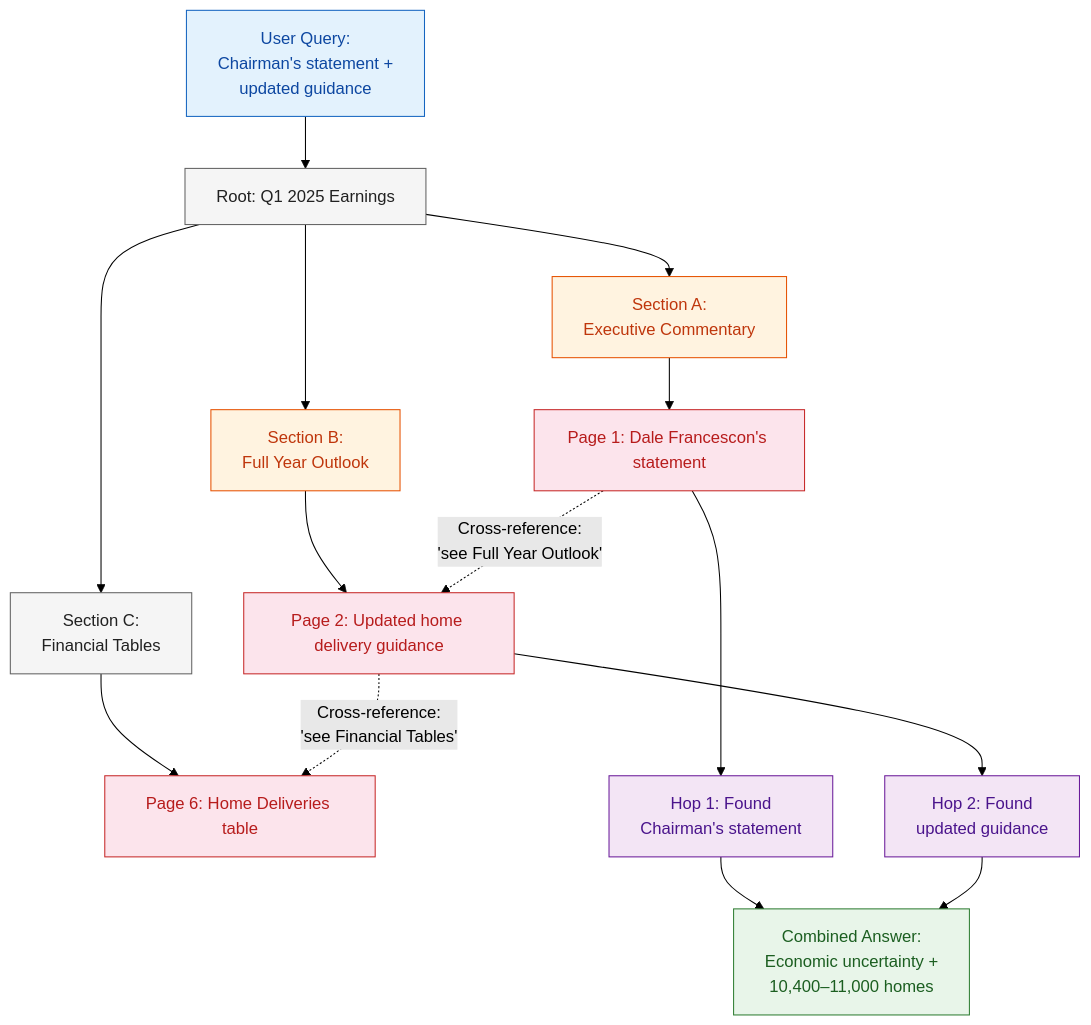
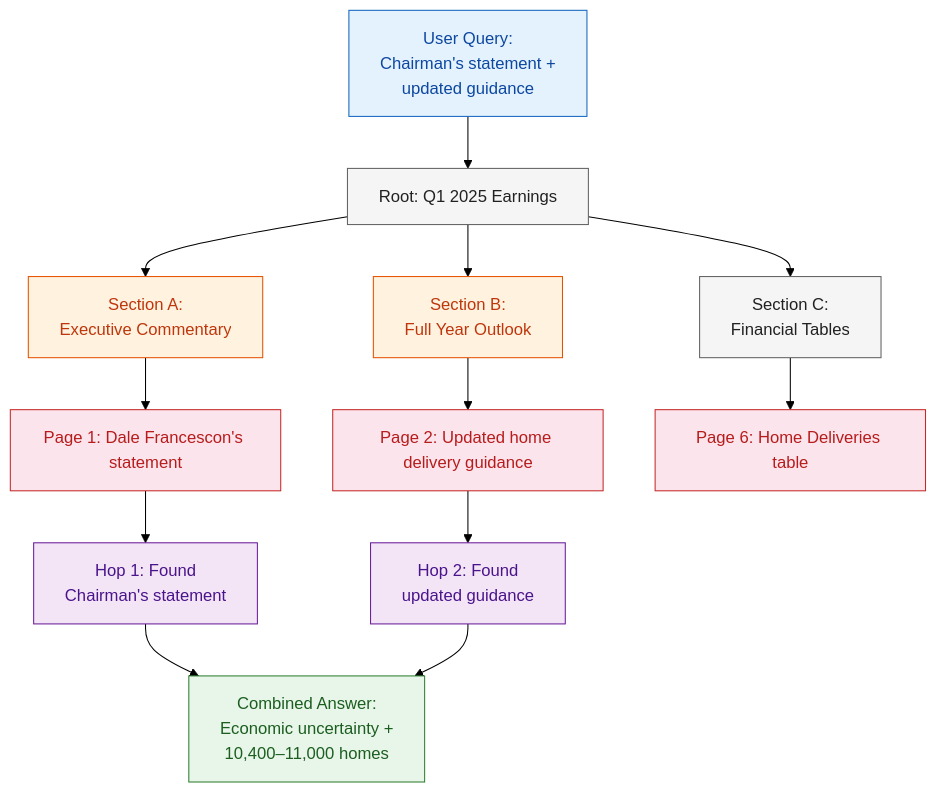
Before and after one commit to AyushSinghRana15/Vectorless-RAG: the first of 5 diagrams in lab2/lab2_vectorless_rag_advanced.md, drawn with Mermaid (forest theme). The commit also changed other lines of this file, not shown here.

Commit message:
Remove cross-references, focus on hopping explanation

````diff
--- a/lab2/lab2_vectorless_rag_advanced.md
+++ b/lab2/lab2_vectorless_rag_advanced.md
@@ -48,32 +48,29 @@
 ```mermaid
 graph TD
     Q["User Query:\nChairman's statement +\nupdated guidance"] --> R["Root: Q1 2025 Earnings"]
 
     R --> A["Section A:\nExecutive Commentary"]
     R --> B["Section B:\nFull Year Outlook"]
     R --> C["Section C:\nFinancial Tables"]
 
     A --> A1["Page 1: Dale Francescon's statement"]
     B --> B1["Page 2: Updated home delivery guidance"]
     C --> C1["Page 6: Home Deliveries table"]
-
-    A1 -.->|"Cross-reference:\n'see Full Year Outlook'"| B1
-    B1 -.->|"Cross-reference:\n'see Financial Tables'"| C1
 
     A1 --> H1["Hop 1: Found\nChairman's statement"]
     B1 --> H2["Hop 2: Found\nupdated guidance"]
     H1 --> ANSWER["Combined Answer:\nEconomic uncertainty +\n10,400–11,000 homes"]
     H2 --> ANSWER
 
     style Q fill:#e3f2fd,stroke:#1565c0,color:#0d47a1
     style R fill:#f5f5f5,stroke:#616161,color:#212121
     style A fill:#fff3e0,stroke:#e65100,color:#bf360c
     style B fill:#fff3e0,stroke:#e65100,color:#bf360c
     style C fill:#f5f5f5,stroke:#616161,color:#212121
     style A1 fill:#fce4ec,stroke:#c62828,color:#b71c1c
     style B1 fill:#fce4ec,stroke:#c62828,color:#b71c1c
     style C1 fill:#fce4ec,stroke:#c62828,color:#b71c1c
     style H1 fill:#f3e5f5,stroke:#6a1b9a,color:#4a148c
     style H2 fill:#f3e5f5,stroke:#6a1b9a,color:#4a148c
     style ANSWER fill:#e8f5e9,stroke:#2e7d32,color:#1b5e20
 ```
````
